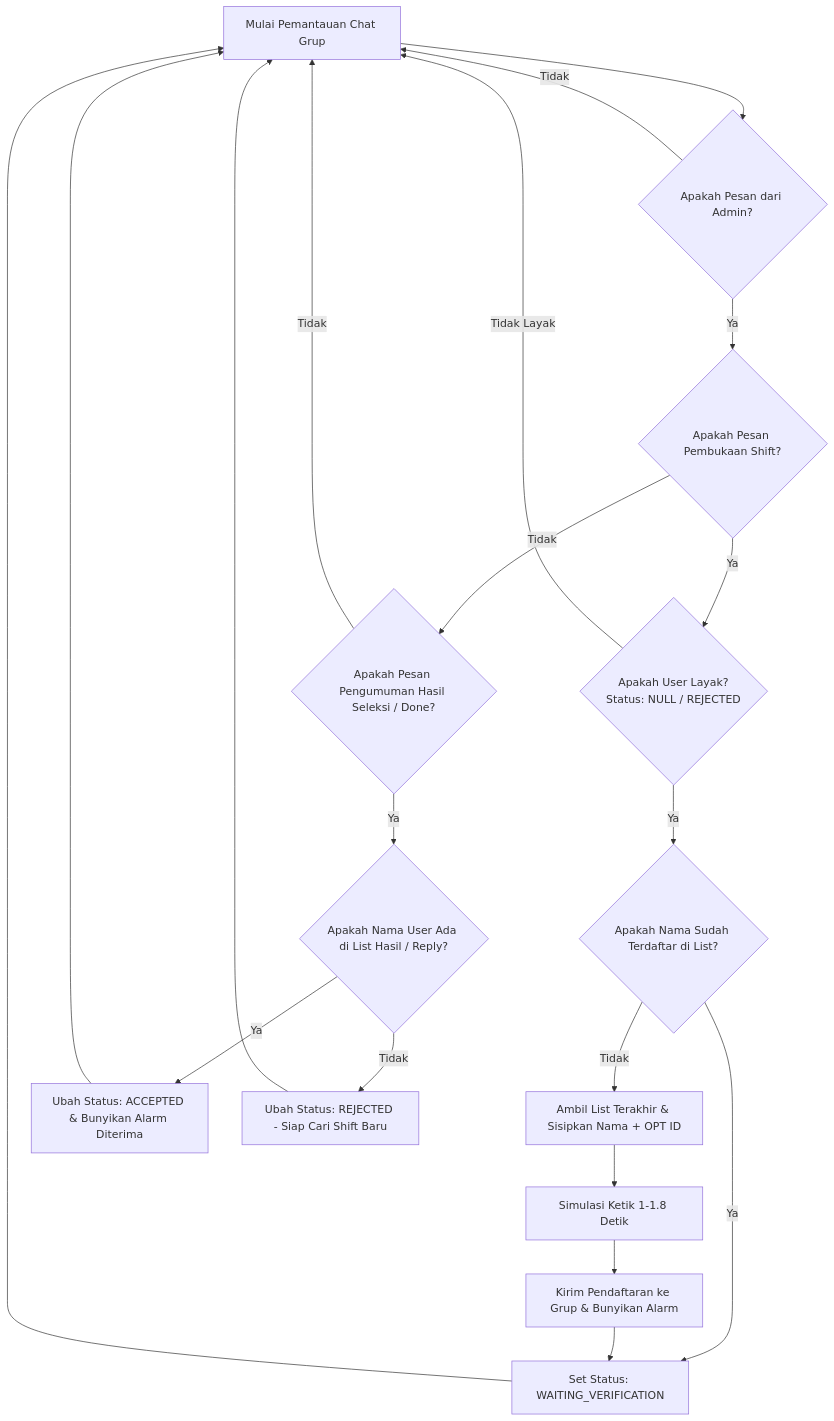
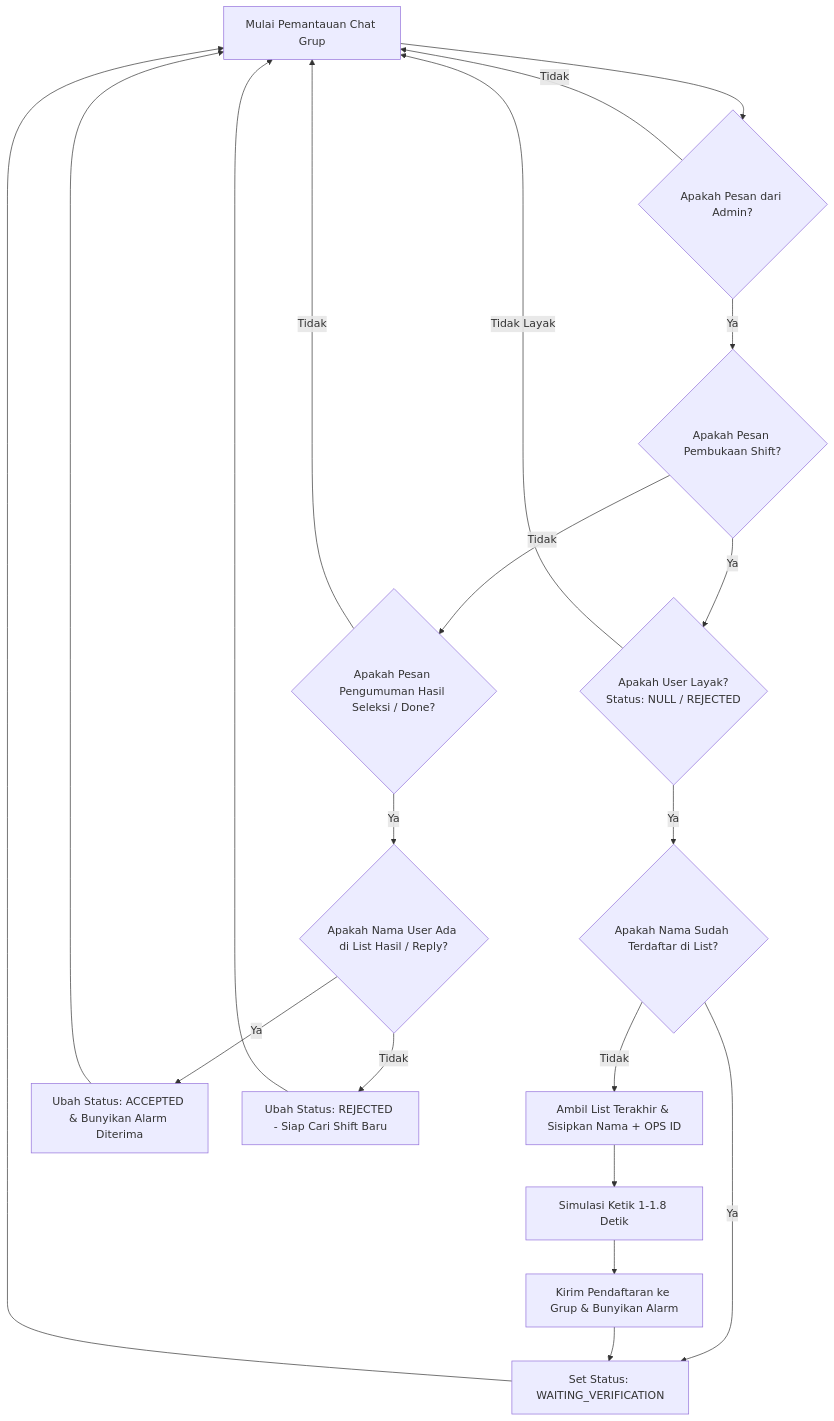
Before and after one commit to daeng1502/sras: the diagram in README.md, drawn with Mermaid. The commit also changed other lines of this file, not shown here.

Commit message:
docs: rename OPT to OPS and use numeric format for placeholder

````diff
--- a/README.md
+++ b/README.md
@@ -43,24 +43,24 @@
 ```mermaid
 flowchart TD
     A[Mulai Pemantauan Chat Grup] --> B{Apakah Pesan dari Admin?}
     B -->|Tidak| A
     B -->|Ya| C{Apakah Pesan Pembukaan Shift?}
     
     C -->|Ya| D{Apakah User Layak? <br/>Status: NULL / REJECTED}
     D -->|Tidak Layak| A
     D -->|Ya| E{Apakah Nama Sudah Terdaftar di List?}
     E -->|Ya| F[Set Status: WAITING_VERIFICATION]
     F --> A
-    E -->|Tidak| G[Ambil List Terakhir & Sisipkan Nama + OPT ID]
+    E -->|Tidak| G[Ambil List Terakhir & Sisipkan Nama + OPS ID]
     G --> H[Simulasi Ketik 1-1.8 Detik]
     H --> I[Kirim Pendaftaran ke Grup & Bunyikan Alarm]
     I --> F
     
     C -->|Tidak| J{Apakah Pesan Pengumuman Hasil Seleksi / Done?}
     J -->|Ya| K{Apakah Nama User Ada di List Hasil / Reply?}
     K -->|Ya| L[Ubah Status: ACCEPTED & Bunyikan Alarm Diterima]
     K -->|Tidak| M[Ubah Status: REJECTED - Siap Cari Shift Baru]
     L --> A
     M --> A
     J -->|Tidak| A
 ```
````
